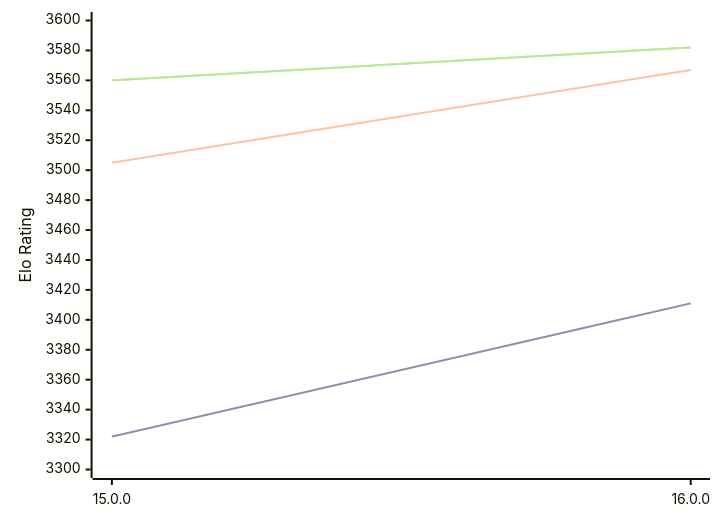
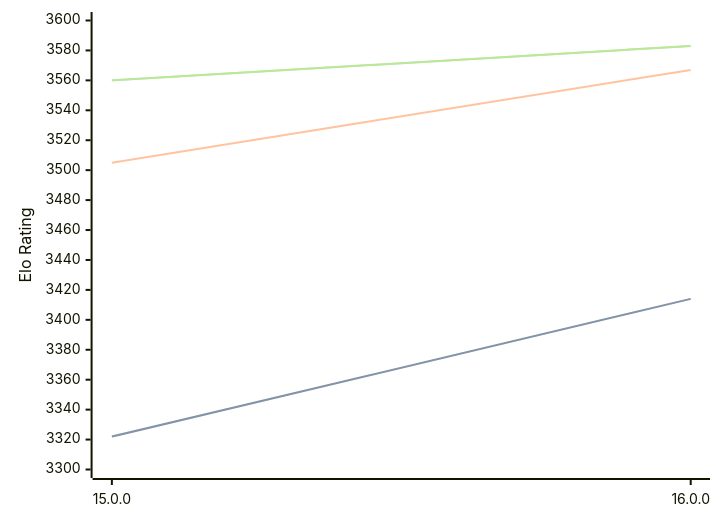
One commit to computer-chess-index/cci changed the diagram in engines/Halogen.md. Above: the diagram before and after it, drawn with Mermaid. The commit also changed other lines of this file, not shown here.

Commit message:
Update CCI Ratings (ELO VLTC) - 2026-02-18

````diff
--- a/engines/Halogen.md
+++ b/engines/Halogen.md
@@ -47,11 +47,11 @@
 ```mermaid
 %%{init: {"theme":"base","themeVariables":{"seriesColors:['#a3a3a3','#222221','#faa371']}}}%%
 xychart-beta
   x-axis ["15.0.0", "16.0.0"]
   y-axis "Elo Rating" 3300 --> 3600
-  line "STC (8.0+0.08s)" [3322, 3411]
-  line "STC (8.0+0.08s)" [3322, 3411]
+  line "STC (8.0+0.08s)" [3322, 3414]
+  line "STC (8.0+0.08s)" [3322, 3414]
   line "LTC (60.0+0.60s)" [3505, 3567]
-  line "VLTC (2m24s+1.12s)" [3560, 3582]
-  line "VLTC (2m24s+1.12s)" [3560, 3582]
+  line "VLTC (2m24s+1.12s)" [3560, 3583]
+  line "VLTC (2m24s+1.12s)" [3560, 3583]
 ```
````
